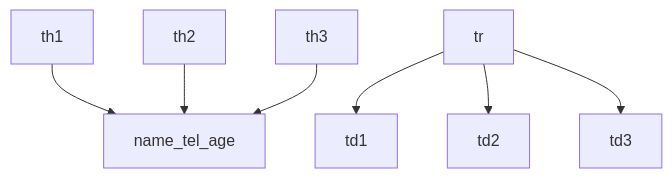
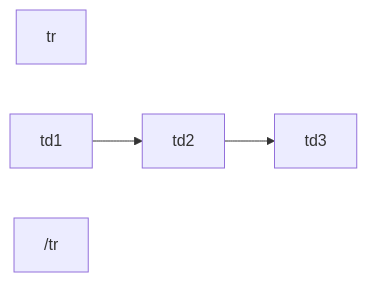
Before and after one commit to odenmeow/PB-note: the second of 2 diagrams in Udemy/2023網頁全端開發/CH2-HTML/Chapter2_HTML.md, drawn with Mermaid. The commit also changed other lines of this file and 15 other files, not shown here.

````diff
--- a/Udemy/2023網頁全端開發/CH2-HTML/Chapter2_HTML.md
+++ b/Udemy/2023網頁全端開發/CH2-HTML/Chapter2_HTML.md
@@ -260,9 +268,8 @@
 ```mermaid
-graph TD;
-    th1-->name_tel_age;
-    th2-->name_tel_age;
-    th3-->name_tel_age;
-    tr --> td1;
-    tr --> td2;
-    tr --> td3;
+graph LR;          
+    tr;
+    td1 --> td2;
+    td2 --> td3;
+    /tr;        
+    
 ```
````
